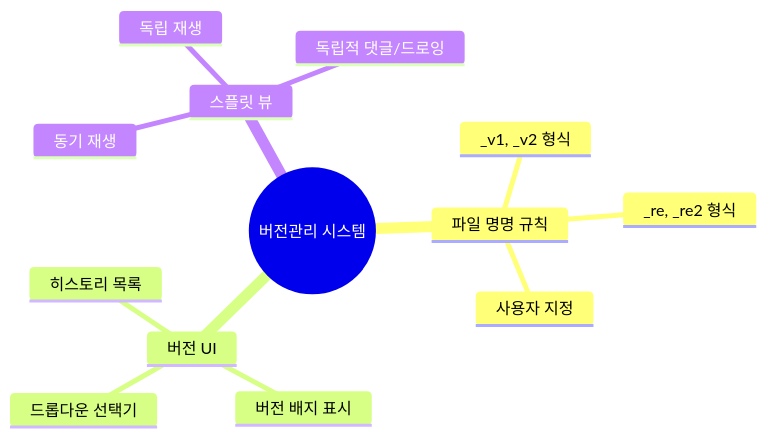
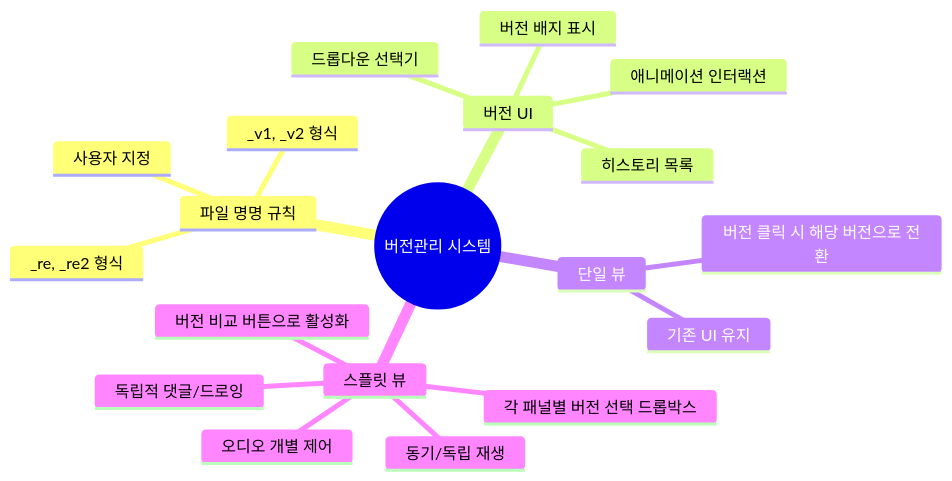
The first of 14 diagrams in DEVLOG/버전관리시스템-개발.md (baehandoridori/BAEFRAME), drawn with Mermaid before and after one commit. The commit also changed other lines of this file, not shown here.

````diff
--- a/DEVLOG/버전관리시스템-개발.md
+++ b/DEVLOG/버전관리시스템-개발.md
@@ -29,16 +31,22 @@
 ```mermaid
 mindmap
   root((버전관리 시스템))
     파일 명명 규칙
       _v1, _v2 형식
       _re, _re2 형식
       사용자 지정
     버전 UI
       드롭다운 선택기
       버전 배지 표시
       히스토리 목록
+      애니메이션 인터랙션
+    단일 뷰
+      버전 클릭 시 해당 버전으로 전환
+      기존 UI 유지
     스플릿 뷰
-      동기 재생
-      독립 재생
+      버전 비교 버튼으로 활성화
+      각 패널별 버전 선택 드롭박스
+      동기/독립 재생
       독립적 댓글/드로잉
+      오디오 개별 제어
 ```
````
